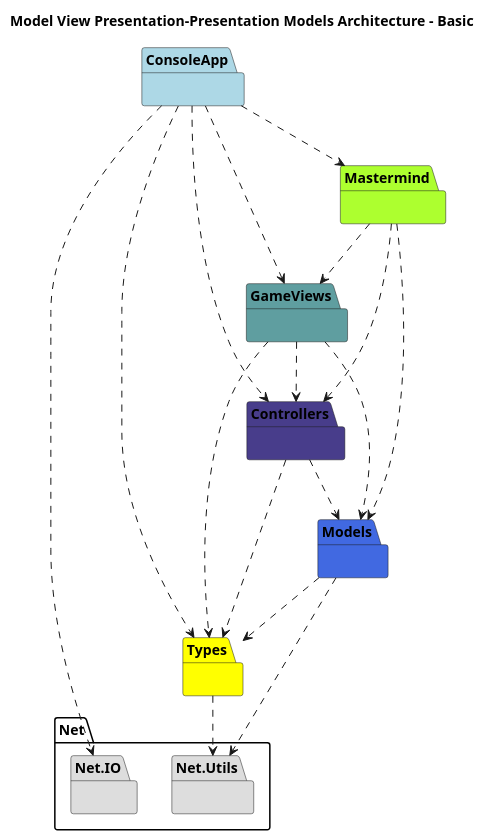
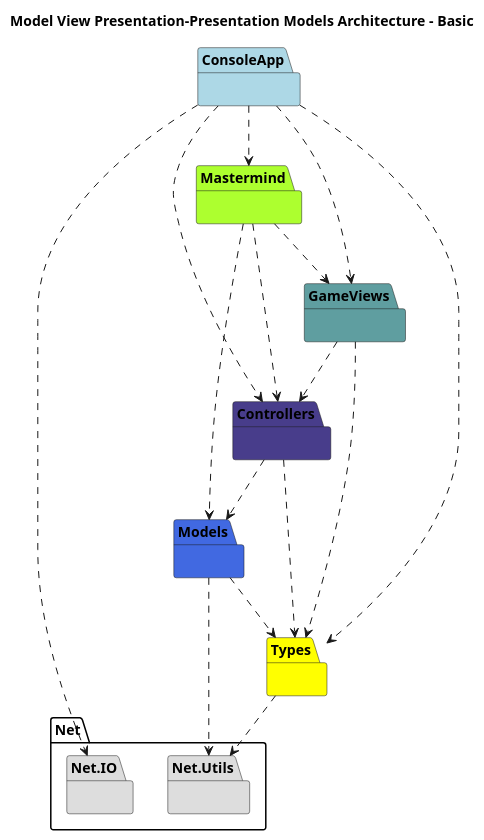
The diagram in src/Mastermind/ModelViewPresenter/PresentationModel/Basic/docs/Architecture.plantuml (franpaulinoinfante/MasterSoftwareDevelopment), drawn with PlantUML before and after one commit. The commit also changed 6 other files, not shown here.

```diff
--- a/src/Mastermind/ModelViewPresenter/PresentationModel/Basic/docs/Architecture.plantuml
+++ b/src/Mastermind/ModelViewPresenter/PresentationModel/Basic/docs/Architecture.plantuml
@@ -1,35 +1,34 @@
 @startuml ModelViewPresentationBasic
 title Model View Presentation-Presentation Models Architecture - Basic 
 
 namespace Mastermind #GreenYellow { }
 namespace ConsoleApp #LightBlue { }
 namespace GameViews #CadetBlue {}
 namespace Controllers #DarkSlateBlue {}
 namespace Models #RoyalBlue { }
 namespace Types #Yellow { }
 namespace Net.IO #DDDDDD { }
 namespace Net.Utils #DDDDDD { }
 
 Mastermind .down.> Models
 Mastermind .down.> GameViews
 Mastermind .down.> Controllers
 
 ConsoleApp .down.> Mastermind
 ConsoleApp .down.> Controllers
 ConsoleApp .down.> GameViews
 ConsoleApp .down.> Types
 ConsoleApp ..> Net.IO
 
-GameViews .down.> Models
 GameViews .down.> Types
 GameViews .down.> Controllers
 
 Controllers .down.> Models
 Controllers .down.> Types
 
 Models .down.> Types
 Models ..> Net.Utils
 
 Types ..> Net.Utils
 
 @enduml
```
